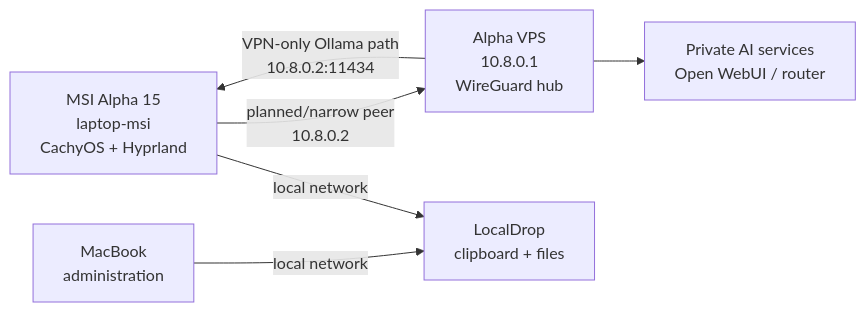
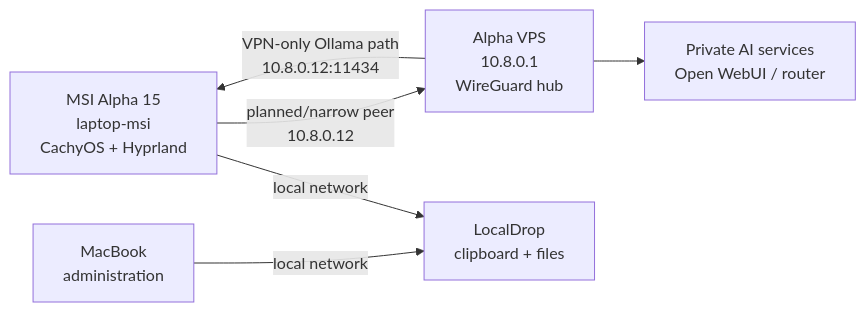
One commit to Manuel0516/zero-five-handbook changed the diagram in content/docs/laptop-msi/index.mdx. Above: the diagram before and after it, drawn with Mermaid. The commit also changed other lines of this file and 15 other files, not shown here.

````diff
--- a/content/docs/laptop-msi/index.mdx
+++ b/content/docs/laptop-msi/index.mdx
@@ -19,14 +19,14 @@
 ```mermaid
 flowchart LR
     msi["MSI Alpha 15<br/>laptop-msi<br/>CachyOS + Hyprland"]
     alpha["Alpha VPS<br/>10.8.0.1<br/>WireGuard hub"]
     webui["Private AI services<br/>Open WebUI / router"]
     mac["MacBook<br/>administration"]
     localdrop["LocalDrop<br/>clipboard + files"]
 
-    msi -->|"planned/narrow peer<br/>10.8.0.2"| alpha
-    alpha -->|"VPN-only Ollama path<br/>10.8.0.2:11434"| msi
+    msi -->|"planned/narrow peer<br/>10.8.0.12"| alpha
+    alpha -->|"VPN-only Ollama path<br/>10.8.0.12:11434"| msi
     mac -->|"local network"| localdrop
     msi -->|"local network"| localdrop
     alpha --> webui
 ```
````
